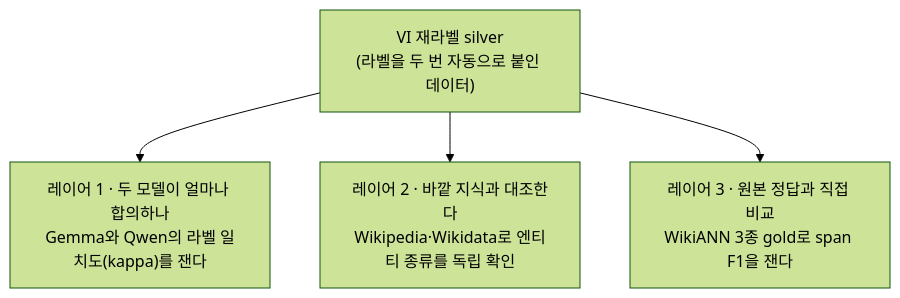
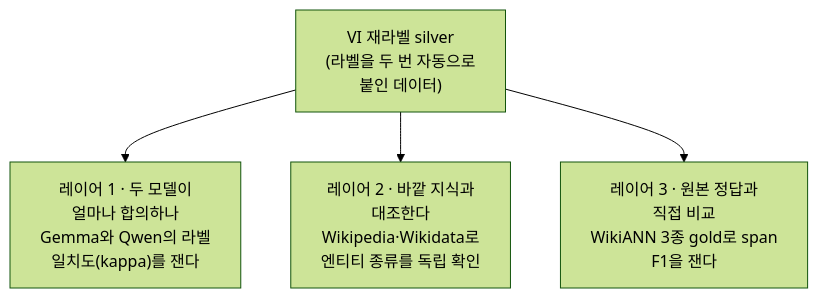
One commit to groovallstar/ner-pipeline-public changed the first of 4 diagrams in docs/manual/pipeline/3-verification.md. Above: the diagram before and after it, drawn with Mermaid (forest theme). The commit also changed other lines of this file and 7 other files, not shown here.

First line of the commit message:
docs: mermaid CJK 세로 잘림 해소 — 긴 라벨 줄바꿈

````diff
--- a/docs/manual/pipeline/3-verification.md
+++ b/docs/manual/pipeline/3-verification.md
@@ -33,7 +33,7 @@
 ```mermaid
 flowchart TD
-    S["VI 재라벨 silver<br/>(라벨을 두 번 자동으로 붙인 데이터)"]
-    S --> L1["레이어 1 · 두 모델이 얼마나 합의하나<br/>Gemma와 Qwen의 라벨 일치도(kappa)를 잰다"]
-    S --> L2["레이어 2 · 바깥 지식과 대조한다<br/>Wikipedia·Wikidata로 엔티티 종류를 독립 확인"]
-    S --> L3["레이어 3 · 원본 정답과 직접 비교<br/>WikiANN 3종 gold로 span F1을 잰다"]
+    S["VI 재라벨 silver<br/>(라벨을 두 번 자동으로<br/>붙인 데이터)"]
+    S --> L1["레이어 1 · 두 모델이<br/>얼마나 합의하나<br/>Gemma와 Qwen의 라벨<br/>일치도(kappa)를 잰다"]
+    S --> L2["레이어 2 · 바깥 지식과<br/>대조한다<br/>Wikipedia·Wikidata로<br/>엔티티 종류를 독립 확인"]
+    S --> L3["레이어 3 · 원본 정답과<br/>직접 비교<br/>WikiANN 3종 gold로 span<br/>F1을 잰다"]
 ```
````
